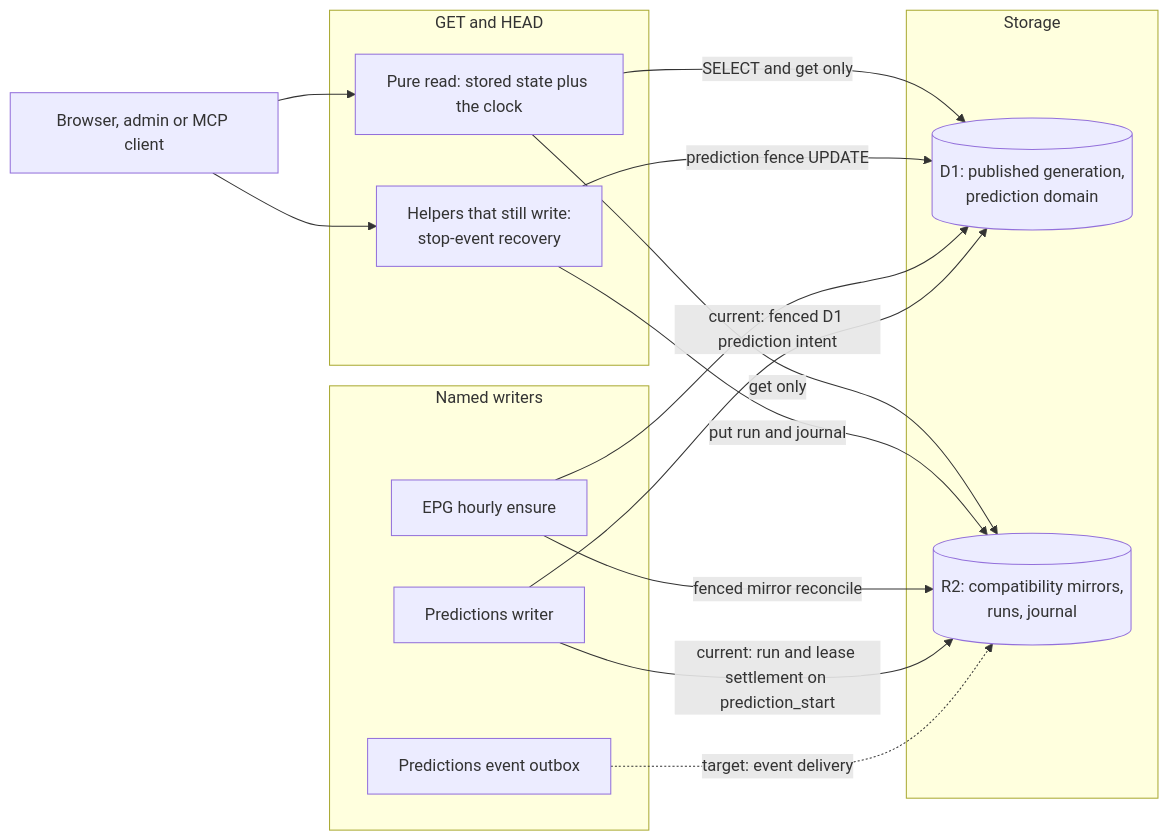
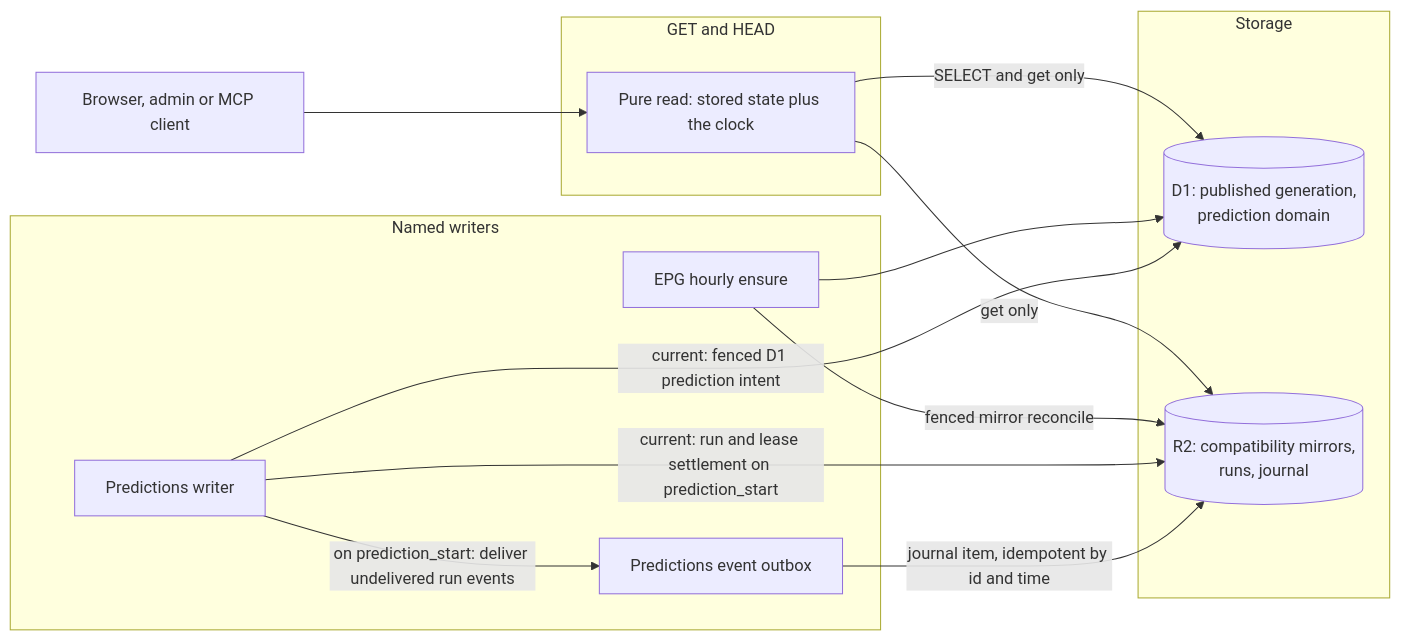
The diagram in docs/architecture/read-side-effects.md (vladimino/iptv-watchlist), drawn with Mermaid before and after one commit. The commit also changed other lines of this file and 17 other files, not shown here.

First line of the commit message:
AIR-416: GET /api/events only reads; undelivered prediction run events are delivered by prediction_start under the writer lease

````diff
--- a/docs/architecture/read-side-effects.md
+++ b/docs/architecture/read-side-effects.md
@@ -5,28 +5,25 @@
 ```mermaid
 flowchart LR
     client["Browser, admin or MCP client"]
     subgraph Read["GET and HEAD"]
         pure["Pure read: stored state plus the clock"]
-        helper["Helpers that still write:<br/>stop-event recovery"]
     end
     subgraph Writers["Named writers"]
         epg["EPG hourly ensure"]
         pred["Predictions writer"]
         outbox["Predictions event outbox"]
     end
     subgraph Storage["Storage"]
         d1[("D1: published generation,<br/>prediction domain")]
         r2[("R2: compatibility mirrors,<br/>runs, journal")]
     end
     client --> pure
-    client --> helper
     pure -->|"SELECT and get only"| d1
     pure -->|"get only"| r2
-    helper -->|"prediction fence UPDATE"| d1
-    helper -->|"put run and journal"| r2
     epg -->|"fenced mirror reconcile"| r2
     epg --> d1
     pred -->|"current: run and lease settlement on prediction_start"| r2
     pred -->|"current: fenced D1 prediction intent"| d1
-    outbox -.->|"target: event delivery"| r2
+    pred -->|"on prediction_start: deliver undelivered run events"| outbox
+    outbox -->|"journal item, idempotent by id and time"| r2
 ```
````
